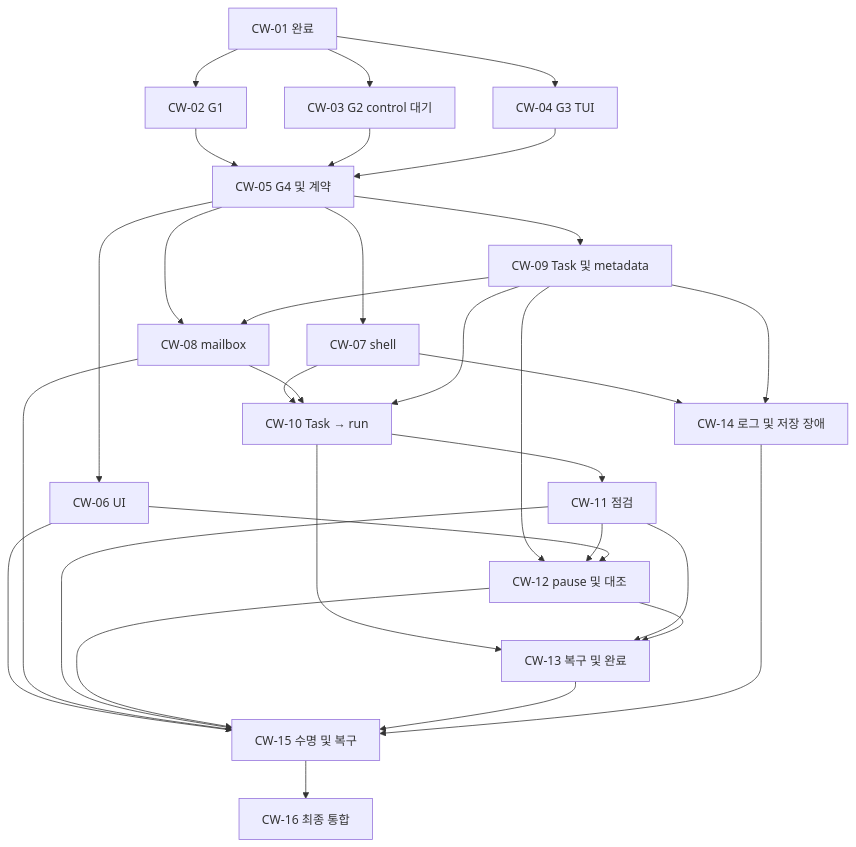
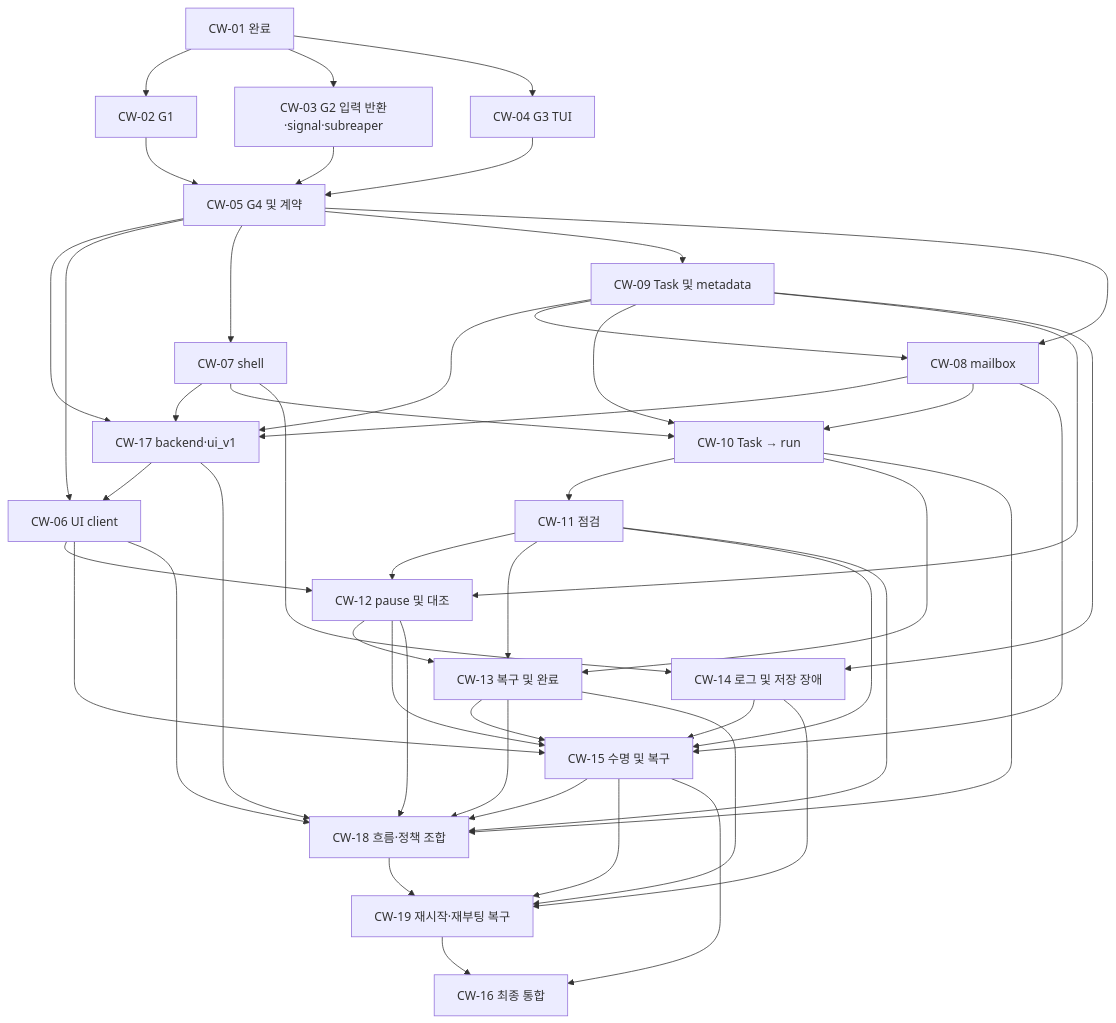
Before and after one commit to dwchoo/ai-exp-assistant: the diagram in docs/features/core-workbench/SPEC.md, drawn with Mermaid. The commit also changed other lines of this file and 4301 other files, not shown here.

````diff
--- a/docs/features/core-workbench/SPEC.md
+++ b/docs/features/core-workbench/SPEC.md
@@ -282,33 +337,50 @@
 ```mermaid
 flowchart TD
   C01[CW-01 완료] --> C02[CW-02 G1]
-  C01 --> C03[CW-03 G2 control 대기]
+  C01 --> C03[CW-03 G2 입력 반환·signal·subreaper]
   C01 --> C04[CW-04 G3 TUI]
   C02 --> C05[CW-05 G4 및 계약]
   C03 --> C05
   C04 --> C05
-  C05 --> C06[CW-06 UI]
+  C05 --> C17[CW-17 backend·ui_v1]
+  C07 --> C17
+  C08 --> C17
+  C09 --> C17
+  C17 --> C06[CW-06 UI client]
+  C05 --> C06
   C05 --> C07[CW-07 shell]
   C05 --> C09[CW-09 Task 및 metadata]
   C05 --> C08[CW-08 mailbox]
   C09 --> C08
   C07 --> C10[CW-10 Task → run]
   C08 --> C10
   C09 --> C10
   C10 --> C11[CW-11 점검]
   C09 --> C12[CW-12 pause 및 대조]
   C11 --> C12
   C06 --> C12
   C10 --> C13[CW-13 복구 및 완료]
   C11 --> C13
   C12 --> C13
   C07 --> C14[CW-14 로그 및 저장 장애]
   C09 --> C14
   C06 --> C15[CW-15 수명 및 복구]
   C08 --> C15
   C11 --> C15
   C12 --> C15
   C13 --> C15
   C14 --> C15
+  C06 --> C18[CW-18 흐름·정책 조합]
+  C10 --> C18
+  C11 --> C18
+  C12 --> C18
+  C13 --> C18
+  C15 --> C18
+  C17 --> C18
+  C13 --> C19[CW-19 재시작·재부팅 복구]
+  C14 --> C19
+  C15 --> C19
+  C18 --> C19
   C15 --> C16[CW-16 최종 통합]
+  C19 --> C16
 ```
````
